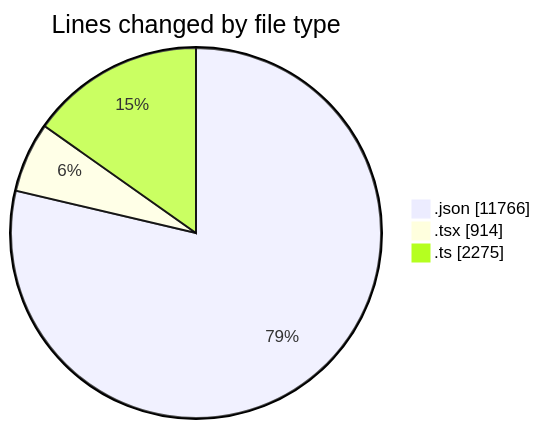
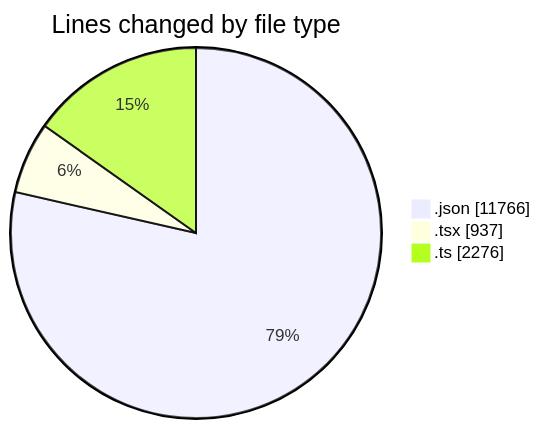
One commit to nxtqubesakshisongat/code-tracking changed the first of 2 diagrams in 2026-04-16/airfeed-analytics-dashboard/README.md. Above: the diagram before and after it, drawn with Mermaid. The commit also changed other lines of this file and 1 other file, not shown here.

````diff
--- a/2026-04-16/airfeed-analytics-dashboard/README.md
+++ b/2026-04-16/airfeed-analytics-dashboard/README.md
@@ -32,7 +32,7 @@
 ```mermaid
 pie showData
 title Lines changed by file type
 ".json" : 11766
-".tsx" : 914
-".ts" : 2275
+".tsx" : 937
+".ts" : 2276
 ```
````
